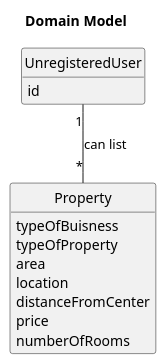
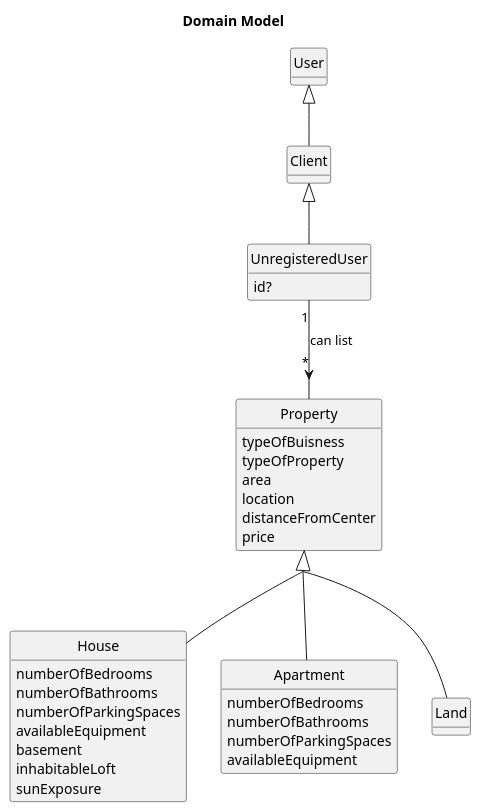
One commit to Goncalves2525/real-estate-management-system changed the diagram in docs/sprintA/us001/02.analysis/puml/us001-domain-model.puml. Above: the diagram before and after it, drawn with PlantUML. The commit also changed 1 other file, not shown here.

```diff
--- a/docs/sprintA/us001/02.analysis/puml/us001-domain-model.puml
+++ b/docs/sprintA/us001/02.analysis/puml/us001-domain-model.puml
@@ -1,33 +1,60 @@
 @startuml
 skinparam monochrome true
 skinparam packageStyle rectangle
 skinparam shadowing false
 
 'left to right direction
 
 skinparam classAttributeIconSize 0
+skinparam groupInheritance 2
 
 hide circle
 hide methods
 
 title Domain Model
 
 
-class UnregisteredUser {
-   id
+class UnregisteredUser extends Client{
+   id?
+}
+
+class Client extends User{
+}
+
+class User{
+}
+
+class House extends Property{
+    numberOfBedrooms
+    numberOfBathrooms
+    numberOfParkingSpaces
+    availableEquipment
+    basement
+    inhabitableLoft
+    sunExposure
+}
+
+class Apartment extends Property{
+    numberOfBedrooms
+    numberOfBathrooms
+    numberOfParkingSpaces
+    availableEquipment
+}
+
+class Land extends Property{
 }
 
 class Property{
     typeOfBuisness
     typeOfProperty
     area
     location
     distanceFromCenter
     price
-    numberOfRooms
 }
 
-UnregisteredUser "1" -- "*" Property : can list
-'Platform "1" -- "*" Organization : has registered >
+UnregisteredUser "1" --> "*" Property : can list
+
+
 
 @enduml
```
